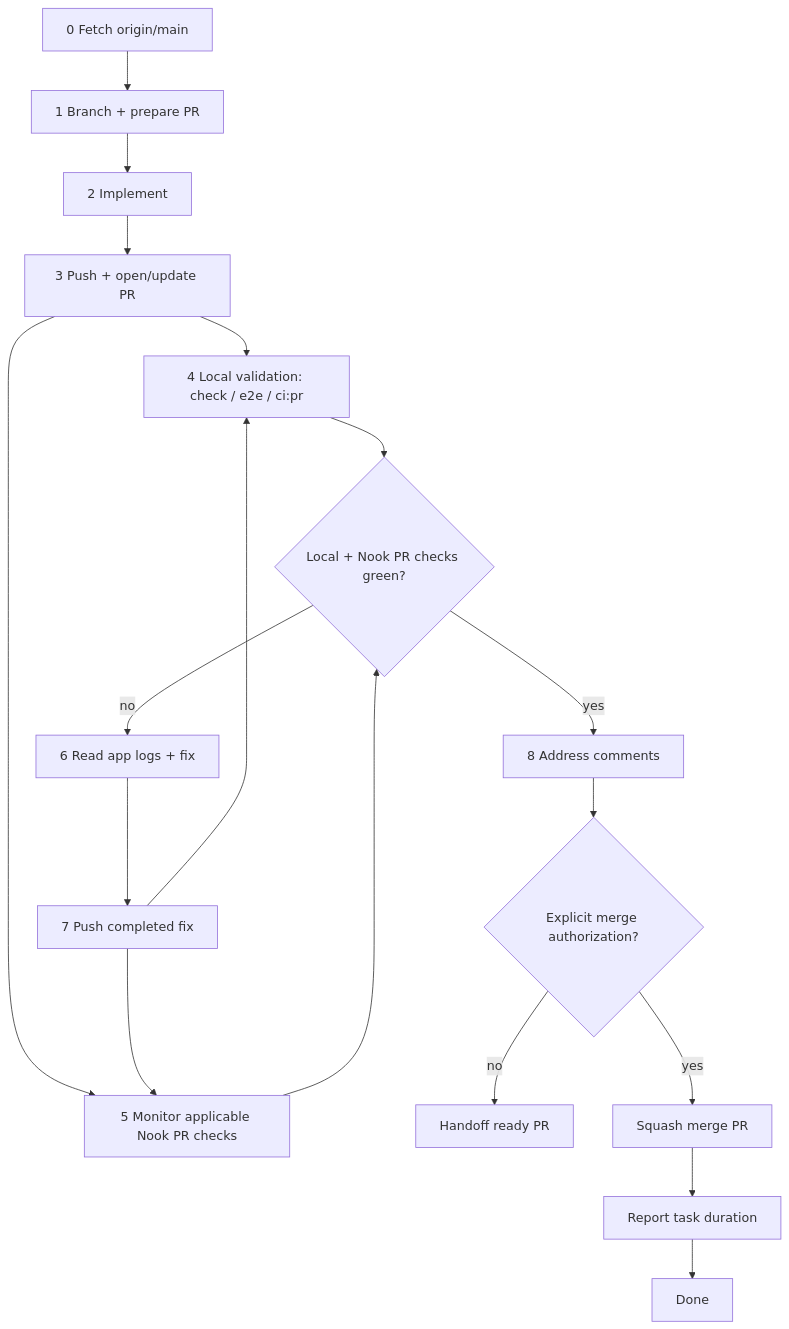
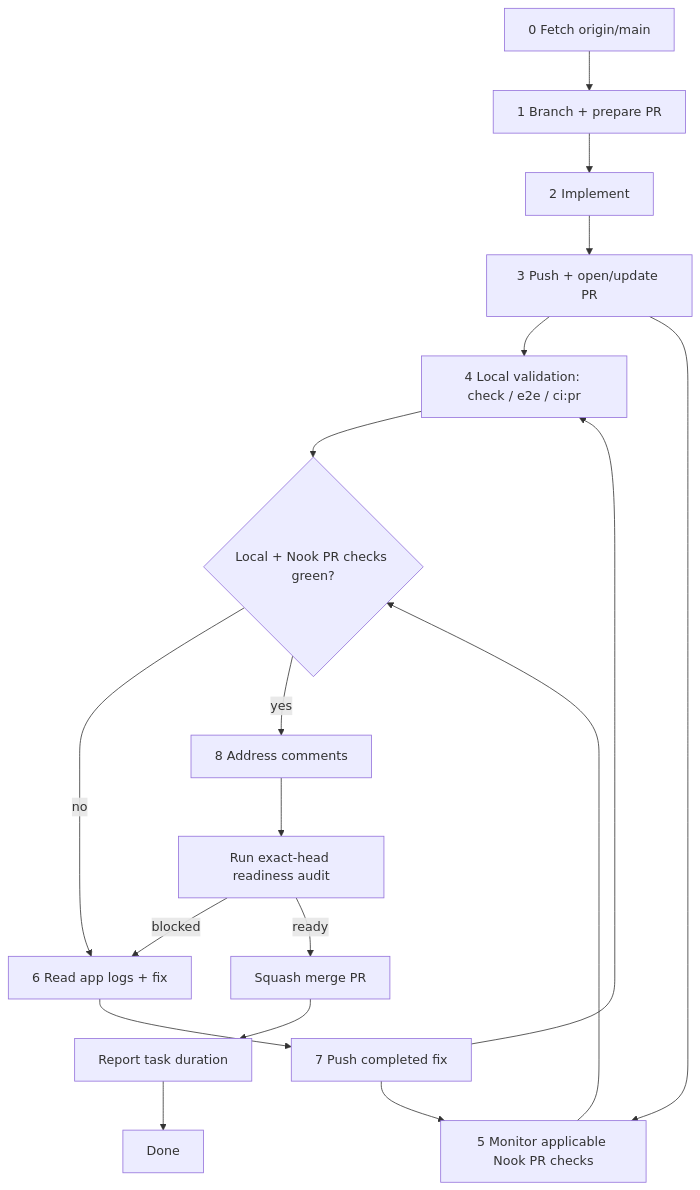
One commit to meta-secret/nook changed the diagram in .cortex/workflows/pull-requests.md. Above: the diagram before and after it, drawn with Mermaid. The commit also changed other lines of this file and 7 other files, not shown here.

````diff
--- a/.cortex/workflows/pull-requests.md
+++ b/.cortex/workflows/pull-requests.md
@@ -53,20 +52,20 @@
 ```mermaid
 flowchart TD
   Z[0 Fetch origin/main] --> A[1 Branch + prepare PR]
   A --> I[2 Implement]
   I --> E[3 Push + open/update PR]
   E --> B[4 Local validation: check / e2e / ci:pr]
   E --> F[5 Monitor applicable Nook PR checks]
   B --> G{Local + Nook PR checks green?}
   F --> G
   G -->|no| H[6 Read app logs + fix]
   H --> PUSH[7 Push completed fix]
   PUSH --> B
   PUSH --> F
   G -->|yes| C[8 Address comments]
-  C --> AUTH{Explicit merge authorization?}
-  AUTH -->|no| HANDOFF[Handoff ready PR]
-  AUTH -->|yes| M[Squash merge PR]
+  C --> R[Run exact-head readiness audit]
+  R -->|blocked| H
+  R -->|ready| M[Squash merge PR]
   M --> J[Report task duration]
   J --> K[Done]
 ```
````
